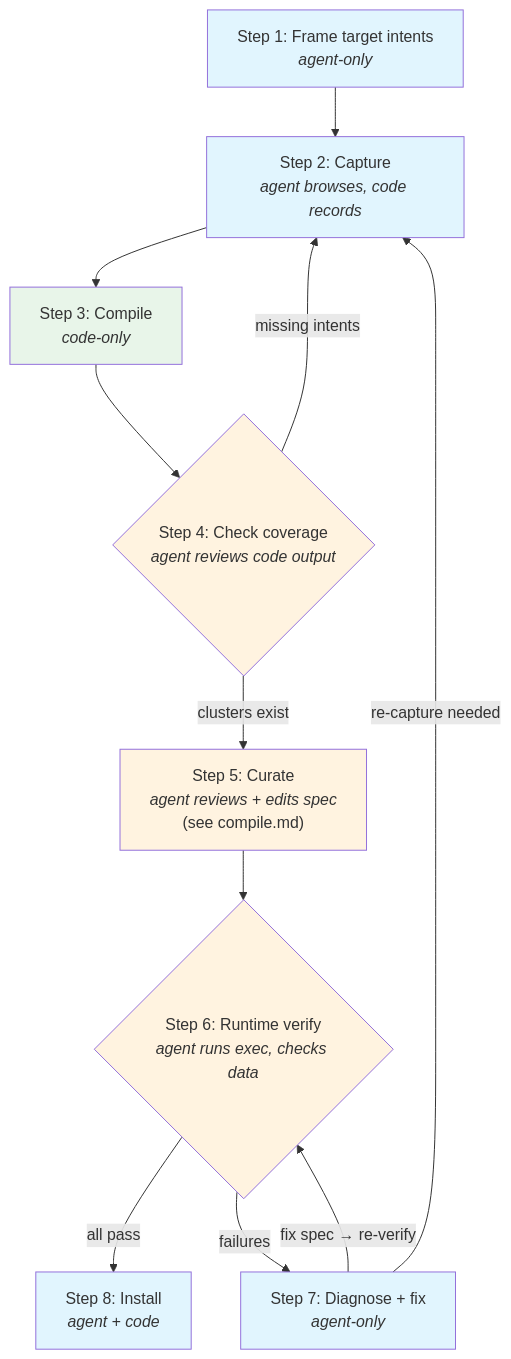
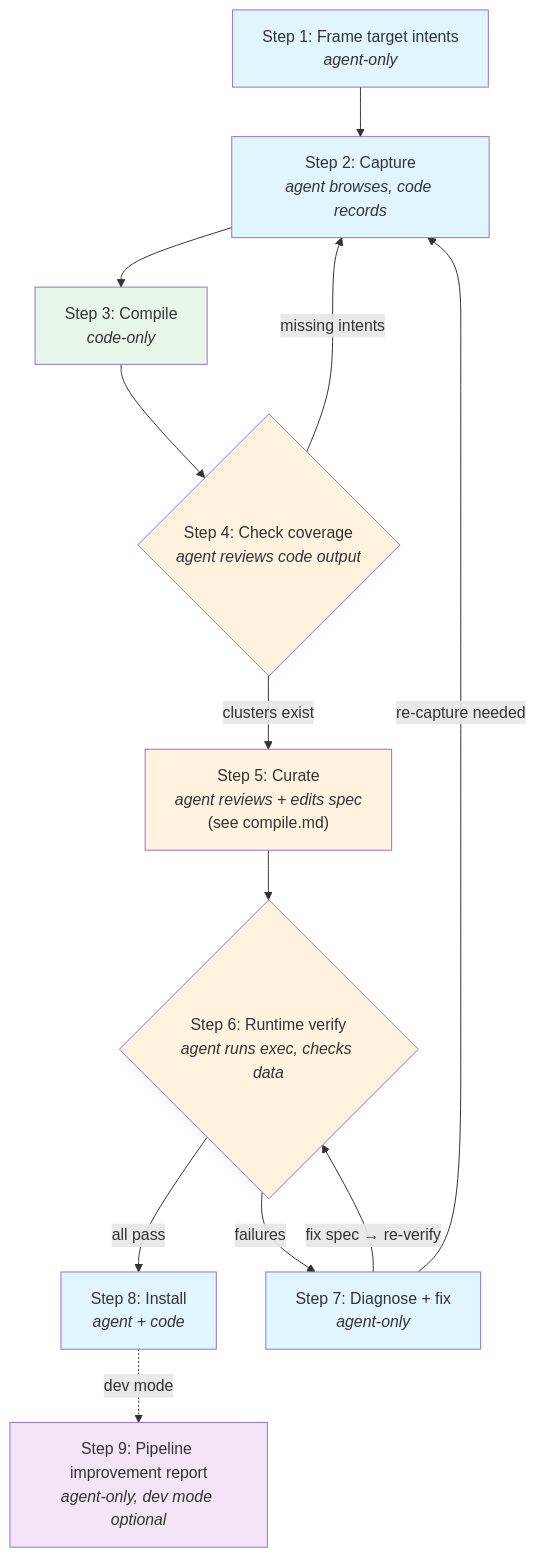
The diagram in skill/openweb/references/discover.md (openweb-org/openweb), drawn with Mermaid before and after one commit. The commit also changed other lines of this file, not shown here.

First line of the commit message:
docs: add Step 9 pipeline improvement report (dev mode optional)

````diff
--- a/skill/openweb/references/discover.md
+++ b/skill/openweb/references/discover.md
@@ -72,31 +72,34 @@
 ```mermaid
 flowchart TD
     S1["Step 1: Frame target intents<br/><i>agent-only</i>"]
     S2["Step 2: Capture<br/><i>agent browses, code records</i>"]
     S3["Step 3: Compile<br/><i>code-only</i>"]
     S4{"Step 4: Check coverage<br/><i>agent reviews code output</i>"}
     S5["Step 5: Curate<br/><i>agent reviews + edits spec</i><br/>(see compile.md)"]
     S6{"Step 6: Runtime verify<br/><i>agent runs exec, checks data</i>"}
     S7["Step 7: Diagnose + fix<br/><i>agent-only</i>"]
     S8["Step 8: Install<br/><i>agent + code</i>"]
+    S9["Step 9: Pipeline improvement report<br/><i>agent-only, dev mode optional</i>"]
 
     S1 --> S2
     S2 --> S3
     S3 --> S4
     S4 -->|"missing intents"| S2
     S4 -->|"clusters exist"| S5
     S5 --> S6
     S6 -->|"all pass"| S8
     S6 -->|"failures"| S7
     S7 -->|"fix spec → re-verify"| S6
     S7 -->|"re-capture needed"| S2
+    S8 -.->|"dev mode"| S9
 
     style S1 fill:#e1f5fe
     style S2 fill:#e1f5fe
     style S3 fill:#e8f5e9
     style S4 fill:#fff3e0
     style S5 fill:#fff3e0
     style S6 fill:#fff3e0
     style S7 fill:#e1f5fe
     style S8 fill:#e1f5fe
+    style S9 fill:#f3e5f5
 ```
````
